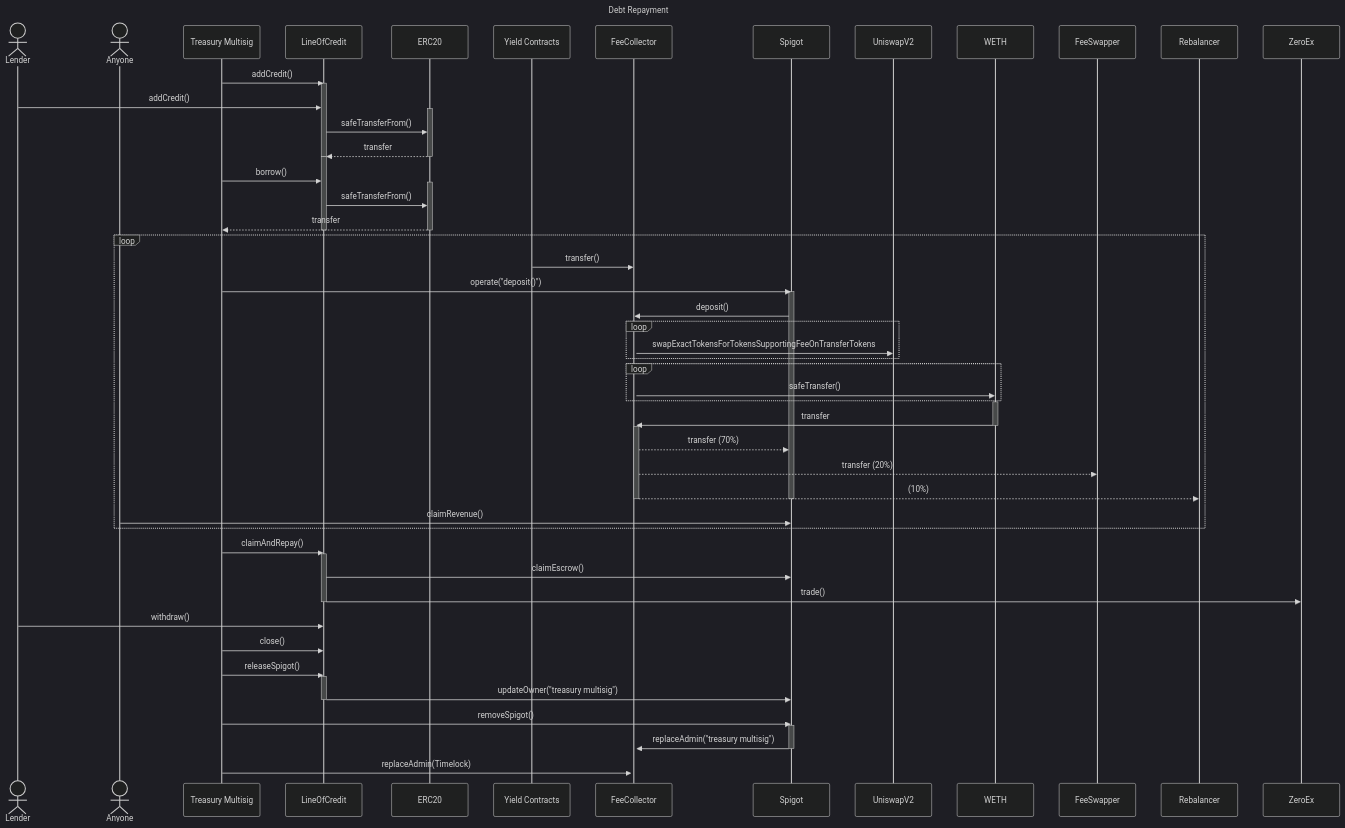
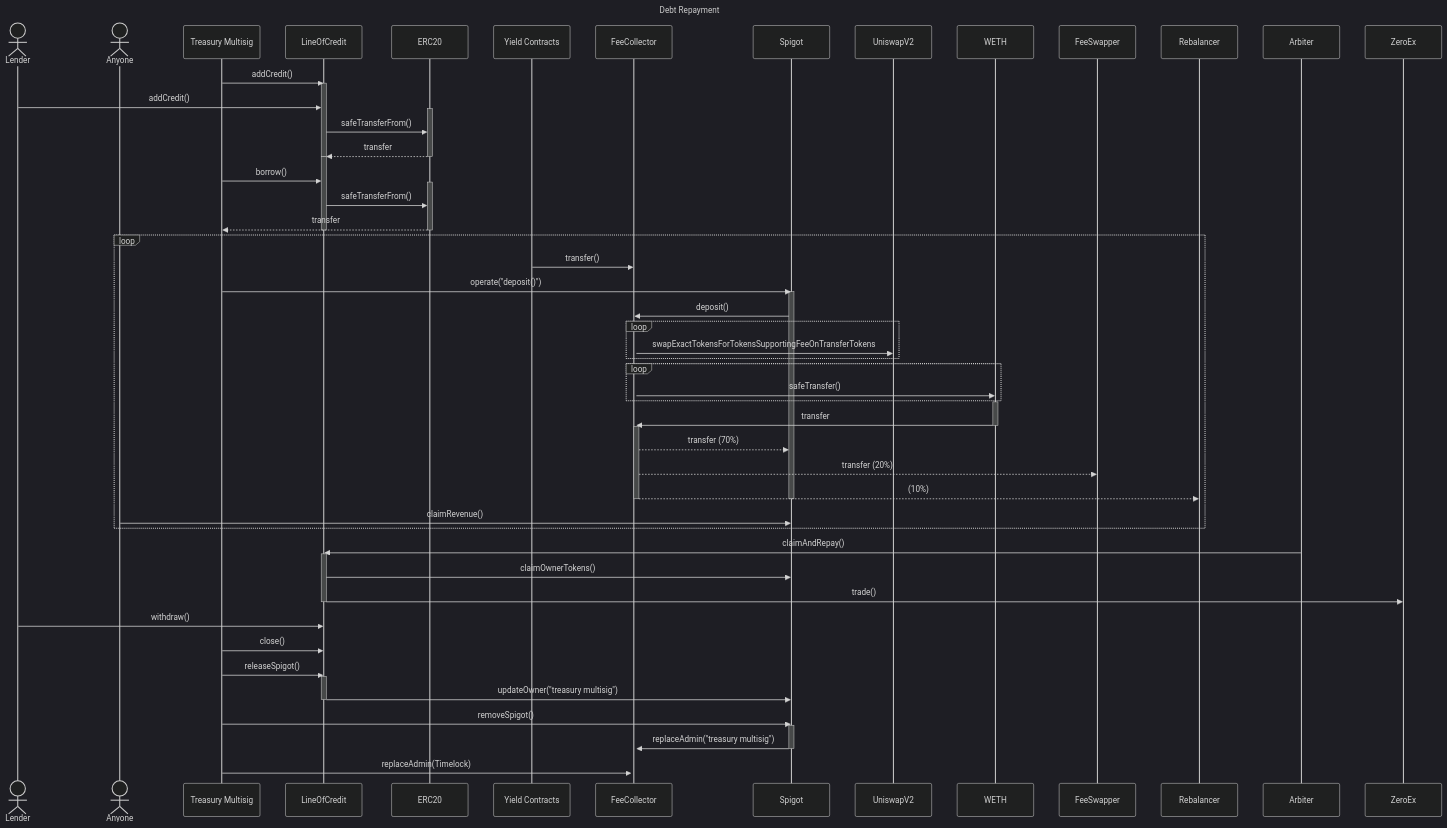
One commit to debtdao/spigot-migrations changed the third of 3 diagrams in migrations/idle-finance/docs.md. Above: the diagram before and after it, drawn with Mermaid (dark theme). The commit also changed other lines of this file and 2 other files, not shown here.

````diff
--- a/migrations/idle-finance/docs.md
+++ b/migrations/idle-finance/docs.md
@@ -94,80 +96,80 @@
 ```mermaid
 sequenceDiagram
     title Debt Repayment
 
     actor Lender
     actor Anyone
 
     Treasury Multisig ->> LineOfCredit: addCredit()
     activate LineOfCredit
     Lender ->> LineOfCredit: addCredit()
     activate ERC20
     LineOfCredit ->> ERC20: safeTransferFrom()
     ERC20 -->> LineOfCredit: transfer
     deactivate ERC20
     deactivate LineOfCredit
 
     activate LineOfCredit
     Treasury Multisig ->> LineOfCredit: borrow()
     activate ERC20
     LineOfCredit ->> ERC20: safeTransferFrom()
     ERC20 -->> Treasury Multisig: transfer
     deactivate ERC20
     deactivate LineOfCredit
 
     loop
       Yield Contracts ->> FeeCollector: transfer()
 
 
       Treasury Multisig ->> Spigot: operate("deposit()")
       activate Spigot
       Spigot ->> FeeCollector: deposit()
       activate FeeCollector
       loop
           FeeCollector ->> UniswapV2: swapExactTokensForTokensSupportingFeeOnTransferTokens
       end
       loop
           FeeCollector ->> WETH: safeTransfer()
       end
 
       activate WETH
 
       WETH ->> FeeCollector: transfer
 
       deactivate WETH
 
       activate FeeCollector
 
       FeeCollector -->> Spigot: transfer (70%)
       FeeCollector -->> FeeSwapper: transfer (20%)
       FeeCollector -->> Rebalancer: (10%)
 
       deactivate FeeCollector
 
 
       deactivate Spigot
 
       Anyone ->> Spigot: claimRevenue()
     end
 
-    Treasury Multisig ->> LineOfCredit: claimAndRepay()
+    Arbiter ->> LineOfCredit: claimAndRepay()
     activate LineOfCredit
-    LineOfCredit ->> Spigot: claimEscrow()
+    LineOfCredit ->> Spigot: claimOwnerTokens()
     LineOfCredit ->> ZeroEx: trade()
     deactivate LineOfCredit
     Lender ->> LineOfCredit: withdraw()
     Treasury Multisig ->> LineOfCredit: close()
     Treasury Multisig ->> LineOfCredit: releaseSpigot()
     activate LineOfCredit
     LineOfCredit ->> Spigot: updateOwner("treasury multisig")
     deactivate LineOfCredit
     Treasury Multisig ->> Spigot: removeSpigot()
     activate Spigot
     Spigot ->> FeeCollector: replaceAdmin("treasury multisig")
     deactivate Spigot
     Treasury Multisig ->> FeeCollector: replaceAdmin(Timelock)
 
 
 
 
 ```
````
